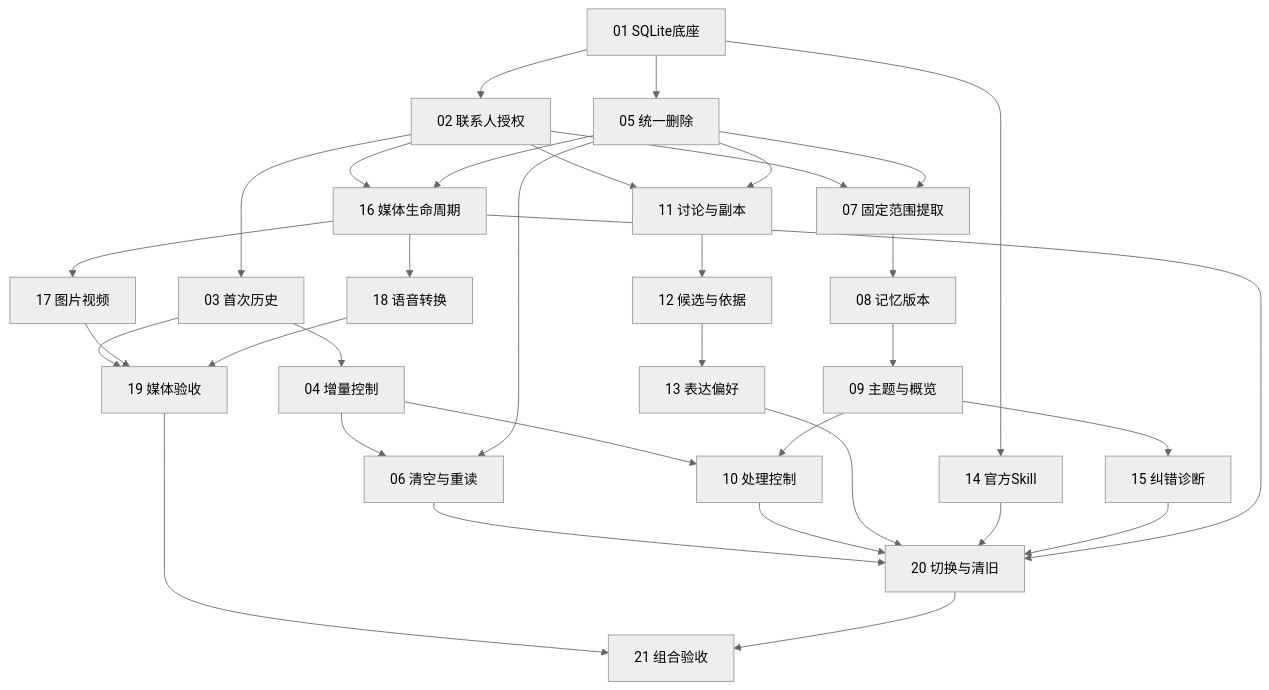
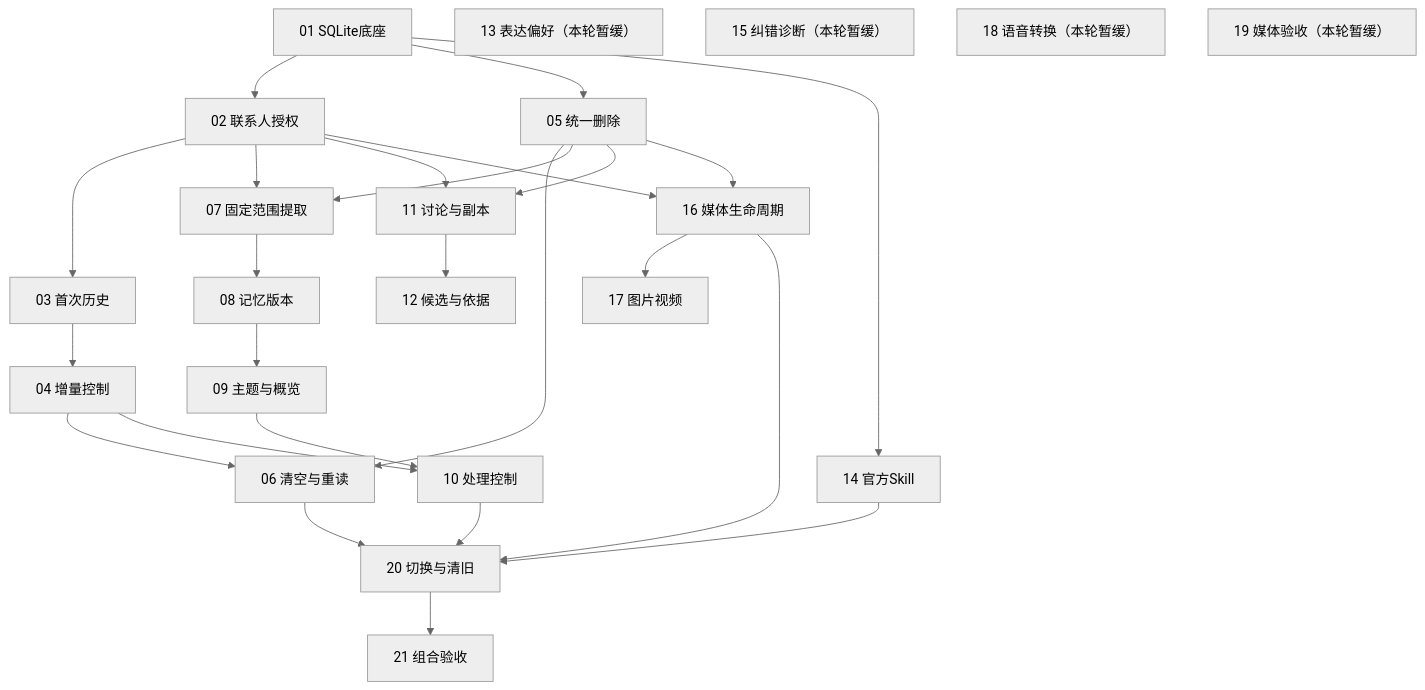
The diagram in .scratch/sqlite-rebuild-implementation/planning.md (Aqua-ava/NotAlone), drawn with Mermaid (neutral theme) before and after one commit. The commit also changed other lines of this file and 7 other files, not shown here.

````diff
--- a/.scratch/sqlite-rebuild-implementation/planning.md
+++ b/.scratch/sqlite-rebuild-implementation/planning.md
@@ -52,57 +54,48 @@
 ```mermaid
 flowchart TD
   T01["01 SQLite底座"]
   T02["02 联系人授权"]
   T03["03 首次历史"]
   T04["04 增量控制"]
   T05["05 统一删除"]
   T06["06 清空与重读"]
   T07["07 固定范围提取"]
   T08["08 记忆版本"]
   T09["09 主题与概览"]
   T10["10 处理控制"]
   T11["11 讨论与副本"]
   T12["12 候选与依据"]
-  T13["13 表达偏好"]
+  T13["13 表达偏好（本轮暂缓）"]
   T14["14 官方Skill"]
-  T15["15 纠错诊断"]
+  T15["15 纠错诊断（本轮暂缓）"]
   T16["16 媒体生命周期"]
   T17["17 图片视频"]
-  T18["18 语音转换"]
-  T19["19 媒体验收"]
+  T18["18 语音转换（本轮暂缓）"]
+  T19["19 媒体验收（本轮暂缓）"]
   T20["20 切换与清旧"]
   T21["21 组合验收"]
   T01 --> T02
   T02 --> T03
   T03 --> T04
   T01 --> T05
   T04 --> T06
   T05 --> T06
   T02 --> T07
   T05 --> T07
   T07 --> T08
   T08 --> T09
   T04 --> T10
   T09 --> T10
   T02 --> T11
   T05 --> T11
   T11 --> T12
-  T12 --> T13
   T01 --> T14
-  T09 --> T15
   T02 --> T16
   T05 --> T16
   T16 --> T17
-  T16 --> T18
-  T03 --> T19
-  T17 --> T19
-  T18 --> T19
   T06 --> T20
   T10 --> T20
-  T13 --> T20
   T14 --> T20
-  T15 --> T20
   T16 --> T20
-  T19 --> T21
   T20 --> T21
 ```
````
